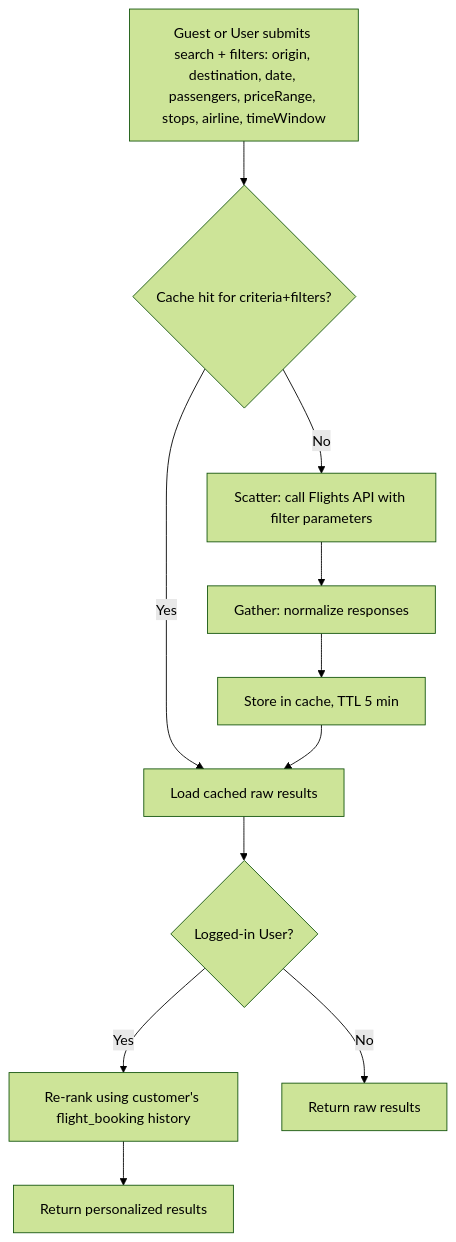
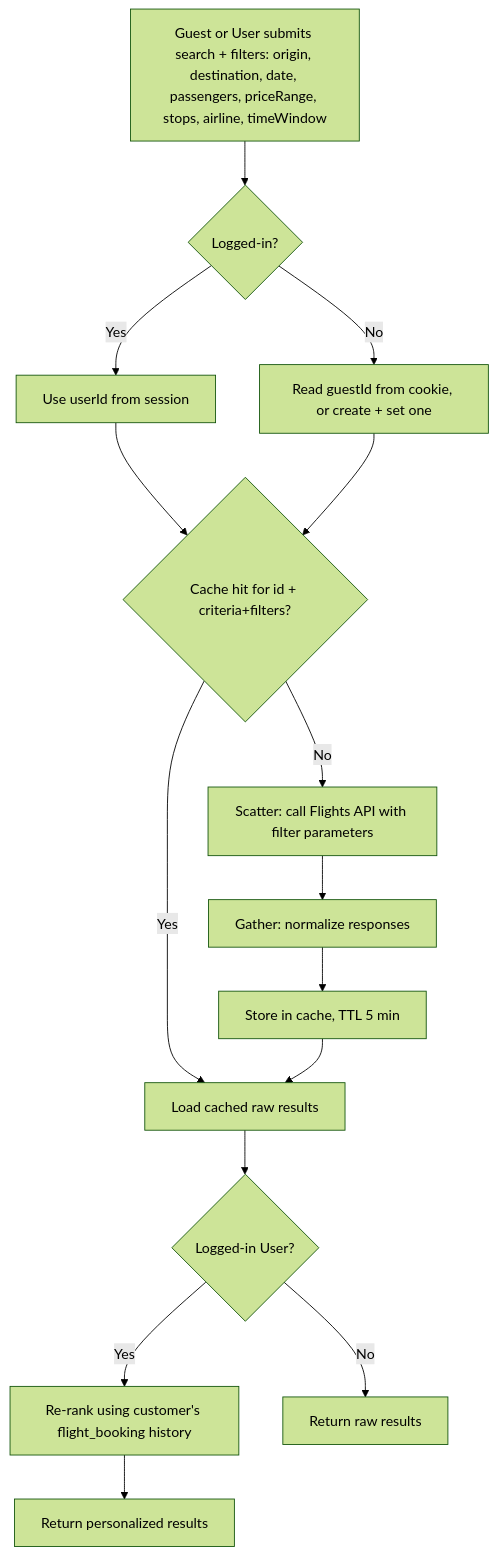
One commit to Backend-Mentor-ORG/booking changed the first of 3 diagrams in diagrams/UC-04-filter-flights.md. Above: the diagram before and after it, drawn with Mermaid (forest theme). The commit also changed other lines of this file and 5 other files, not shown here.

First line of the commit message:
Sync UC diagrams with the compound cache key and travellers JSONB decisions

````diff
--- a/diagrams/UC-04-filter-flights.md
+++ b/diagrams/UC-04-filter-flights.md
@@ -11,13 +11,17 @@
 ```mermaid
 flowchart TD
-  A[Guest or User submits search + filters: origin, destination, date, passengers, priceRange, stops, airline, timeWindow] --> B{Cache hit for criteria+filters?}
+  A[Guest or User submits search + filters: origin, destination, date, passengers, priceRange, stops, airline, timeWindow] --> Z{Logged-in?}
+  Z -- Yes --> Z1[Use userId from session]
+  Z -- No --> Z2[Read guestId from cookie, or create + set one]
+  Z1 --> B{Cache hit for id + criteria+filters?}
+  Z2 --> B
   B -- Yes --> C[Load cached raw results]
   B -- No --> D[Scatter: call Flights API with filter parameters]
   D --> E[Gather: normalize responses]
   E --> F[Store in cache, TTL 5 min]
   F --> C
   C --> G{Logged-in User?}
   G -- Yes --> H[Re-rank using customer's flight_booking history]
   G -- No --> I[Return raw results]
   H --> J[Return personalized results]
 ```
````
